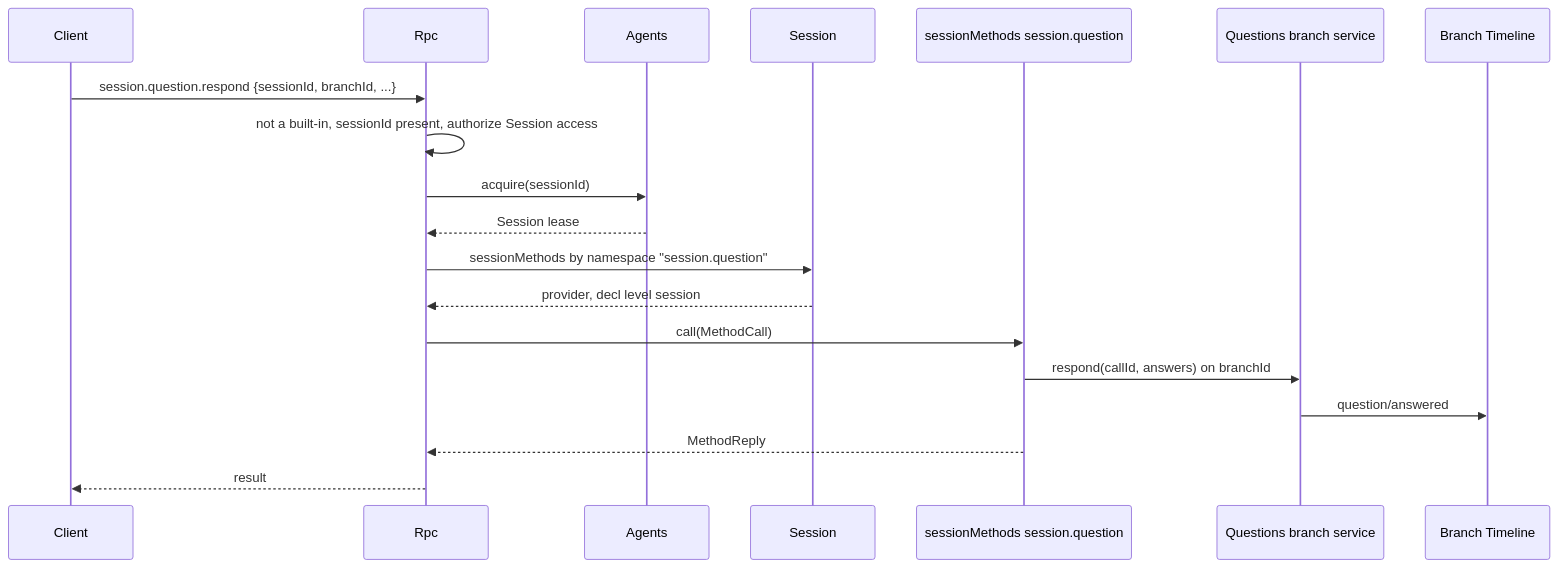
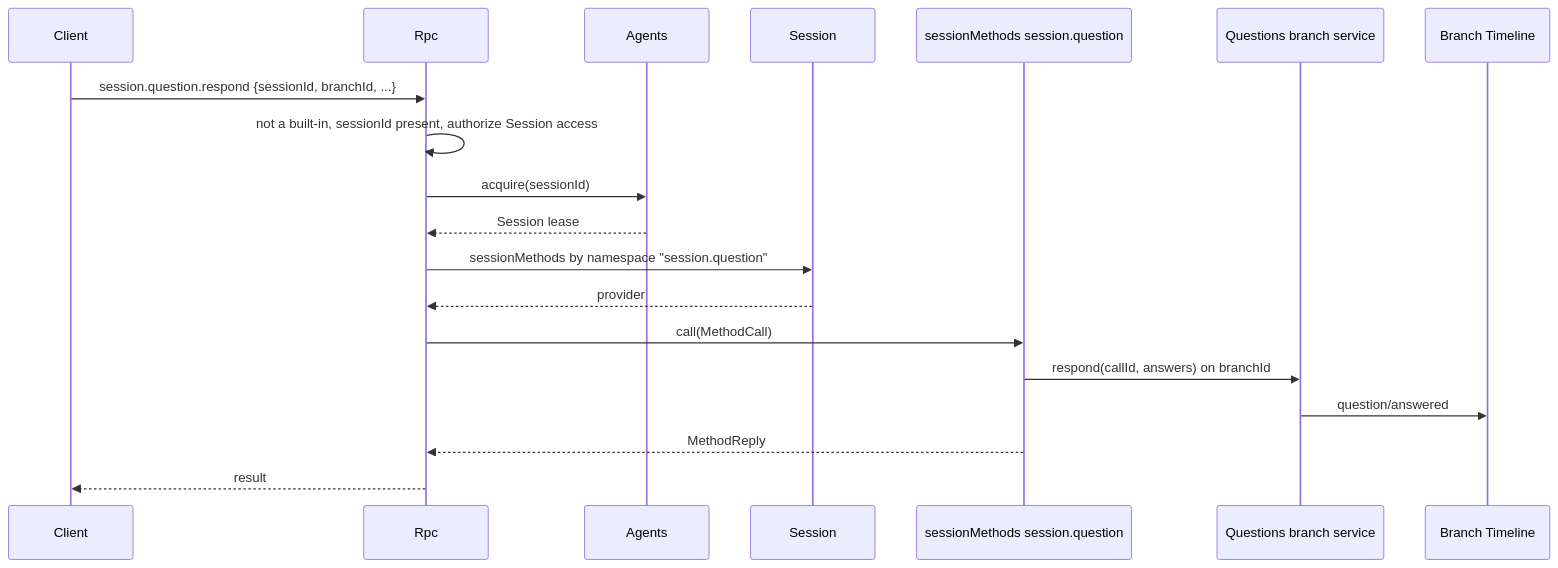
Before and after one commit to CoutinhoTTS/dim-agent: the second of 3 diagrams in docs/design/contracts/session-boundary.md, drawn with Mermaid. The commit also changed other lines of this file and 42 other files, not shown here.

````diff
--- a/docs/design/contracts/session-boundary.md
+++ b/docs/design/contracts/session-boundary.md
@@ -65,21 +67,21 @@
 ```mermaid
 sequenceDiagram
   participant CL as Client
   participant Rpc as Rpc
   participant AI as Agents
   participant S as Session
   participant Q as sessionMethods session.question
   participant QB as Questions branch service
   participant TL as Branch Timeline
   CL->>Rpc: session.question.respond {sessionId, branchId, ...}
   Rpc->>Rpc: not a built-in, sessionId present, authorize Session access
   Rpc->>AI: acquire(sessionId)
   AI-->>Rpc: Session lease
   Rpc->>S: sessionMethods by namespace "session.question"
-  S-->>Rpc: provider, decl level session
+  S-->>Rpc: provider
   Rpc->>Q: call(MethodCall)
   Q->>QB: respond(callId, answers) on branchId
   QB->>TL: question/answered
   Q-->>Rpc: MethodReply
   Rpc-->>CL: result
 ```
````
